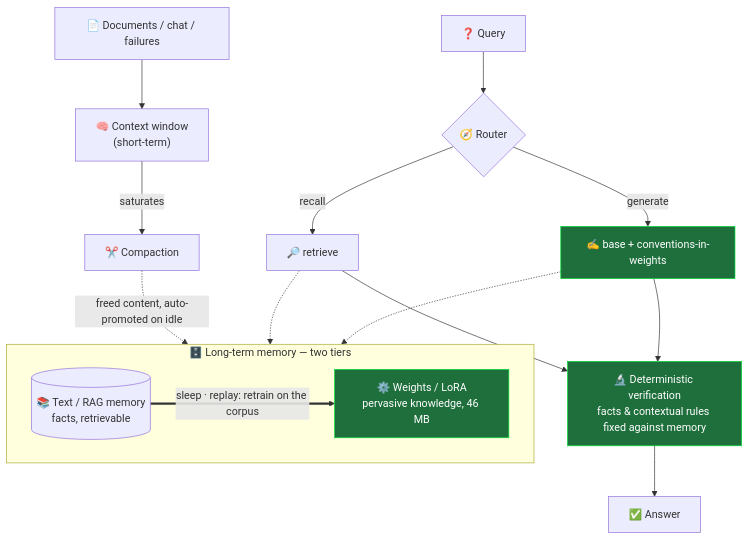
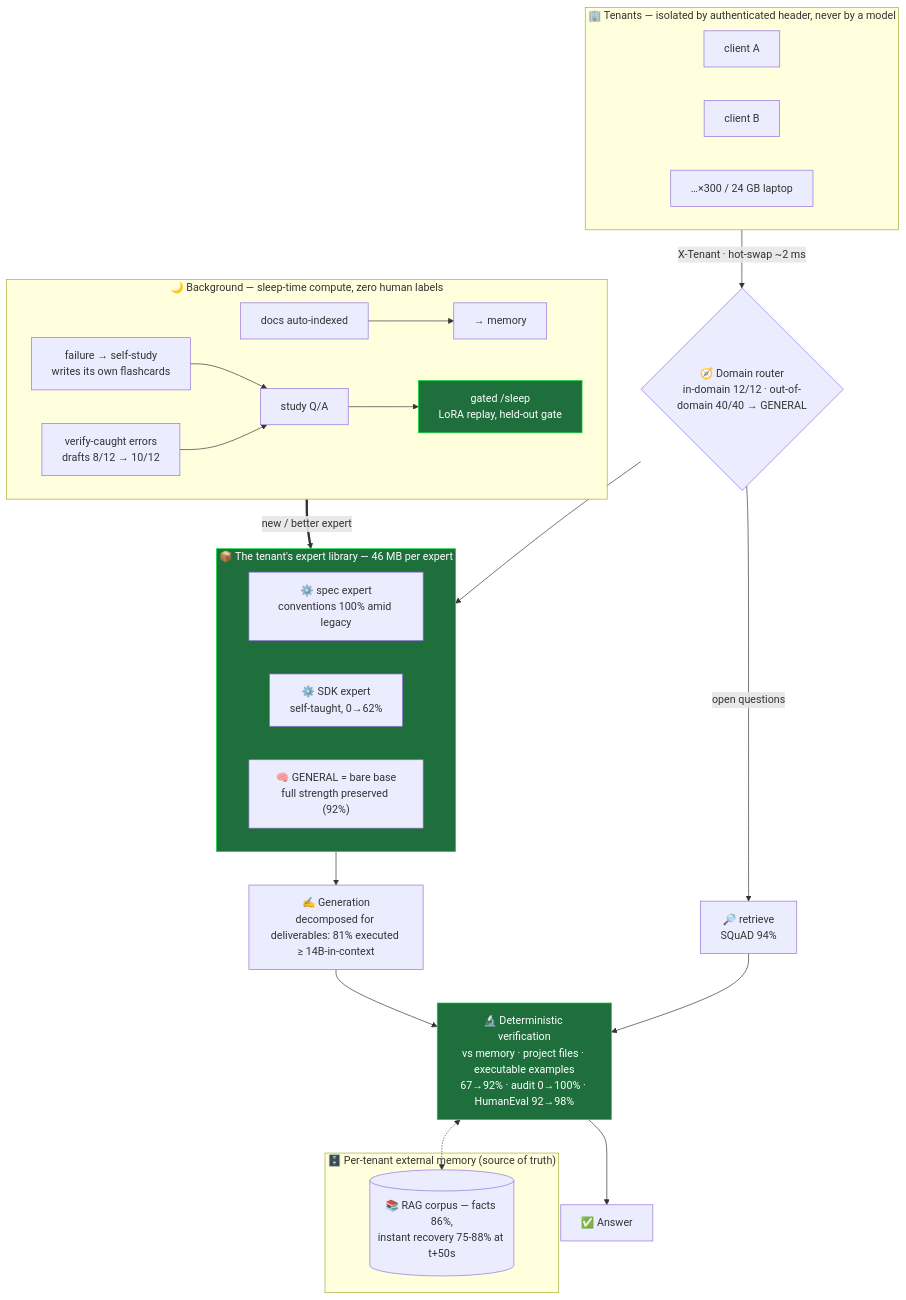
Before and after one commit to Romaindcrl/llml: the diagram in README.md, drawn with Mermaid. The commit also changed other lines of this file, not shown here.

Commit message:
README: architecture-first — full system diagram (tenant gate, MoE expert library w/ GENERAL, verification, sleep loop), request path + learning loop walkthroughs, intro reframed

````diff
--- a/README.md
+++ b/README.md
@@ -75,26 +82,41 @@
 ```mermaid
-flowchart TD
-    Doc["📄 Documents / chat / failures"] --> Ctx["🧠 Context window<br/>(short-term)"]
-    Ctx -->|saturates| Comp["✂️ Compaction"]
-    Comp -.->|"freed content, auto-promoted on idle"| Mem
+flowchart TB
+    subgraph TEN["🏢 Tenants — isolated by authenticated header, never by a model"]
+        direction LR
+        TA["client A"]
+        TB["client B"]
+        TC["…×300 / 24 GB laptop"]
+    end
+    TEN -->|"X-Tenant · hot-swap ~2 ms"| R{"🧭 Domain router<br/>in-domain 12/12 · out-of-domain 40/40 → GENERAL"}
 
-    subgraph LTM["🗄️ Long-term memory — two tiers"]
+    subgraph LIB["📦 The tenant's expert library — 46 MB per expert"]
         direction LR
-        Mem[("📚 Text / RAG memory<br/>facts, retrievable")]
-        W["⚙️ Weights / LoRA<br/>pervasive knowledge, 46 MB"]
+        E1["⚙️ spec expert<br/>conventions 100% amid legacy"]
+        E2["⚙️ SDK expert<br/>self-taught, 0→62%"]
+        EG["🧠 GENERAL = bare base<br/>full strength preserved (92%)"]
     end
+    R --> LIB
+    R -->|"open questions"| RAGQ["🔎 retrieve<br/>SQuAD 94%"]
 
-    Mem ==>|"sleep · replay: retrain on the corpus"| W
+    LIB --> GEN["✍️ Generation<br/>decomposed for deliverables: 81% executed ≥ 14B-in-context"]
+    GEN --> V["🔬 Deterministic verification<br/>vs memory · project files · executable examples<br/>67→92% · audit 0→100% · HumanEval 92→98%"]
+    RAGQ --> V
+    V --> OUT["✅ Answer"]
 
-    Q["❓ Query"] --> R{"🧭 Router"}
-    R -->|"recall"| RAG["🔎 retrieve"]
-    R -->|"generate"| Gen["✍️ base + conventions-in-weights"]
-    RAG -.-> Mem
-    Gen -.-> W
-    RAG --> V["🔬 Deterministic verification<br/>facts & contextual rules fixed against memory"]
-    Gen --> V
-    V --> Ans["✅ Answer"]
+    subgraph MEM["🗄️ Per-tenant external memory (source of truth)"]
+        RAG[("📚 RAG corpus — facts 86%,<br/>instant recovery 75-88% at t+50s")]
+    end
+    V <-.-> RAG
+
+    subgraph BG["🌙 Background — sleep-time compute, zero human labels"]
+        direction LR
+        AL["docs auto-indexed"] --> RAG2["→ memory"]
+        FS["failure → self-study<br/>writes its own flashcards"] --> DS["study Q/A"]
+        VC["verify-caught errors<br/>drafts 8/12 → 10/12"] --> DS
+        DS --> SLP["gated /sleep<br/>LoRA replay, held-out gate"]
+    end
+    SLP ==>|"new / better expert"| LIB
 
     classDef win fill:#1f6f3d,stroke:#0d3,color:#fff;
-    class W,Gen,V win;
+    class LIB,V,SLP win;
 ```
````
